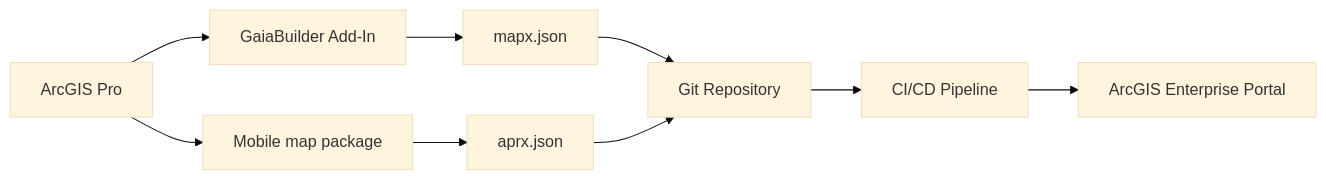
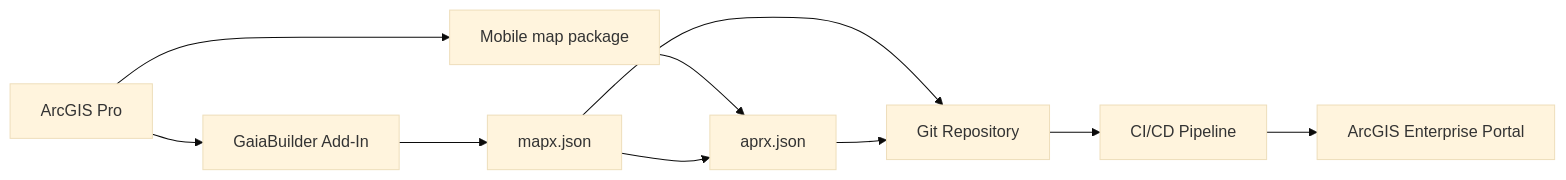
The diagram in Configuration_examples/Mobile map package/README.md (merkator-software/GaiaBuilder-manual), drawn with Mermaid (base theme) before and after one commit.

Commit message:
Add mapping from mapx to aprx in README

````diff
--- a/Configuration_examples/Mobile map package/README.md
+++ b/Configuration_examples/Mobile map package/README.md
@@ -16,20 +16,21 @@
 ```mermaid
 graph LR
   pro[ArcGIS Pro]
   addon[GaiaBuilder Add-In]
   mmpk[Mobile map package]
   mapx[mapx.json]
   aprx[aprx.json]
   git[Git Repository]
   pipeline[CI/CD Pipeline]
   portal[ArcGIS Enterprise Portal]
 
   pro --> mmpk
   mmpk --> aprx
   pro --> addon
   addon --> mapx
   mapx --> git
+  mapx --> aprx
   aprx --> git
   git --> pipeline
   pipeline --> portal
 ```
````
